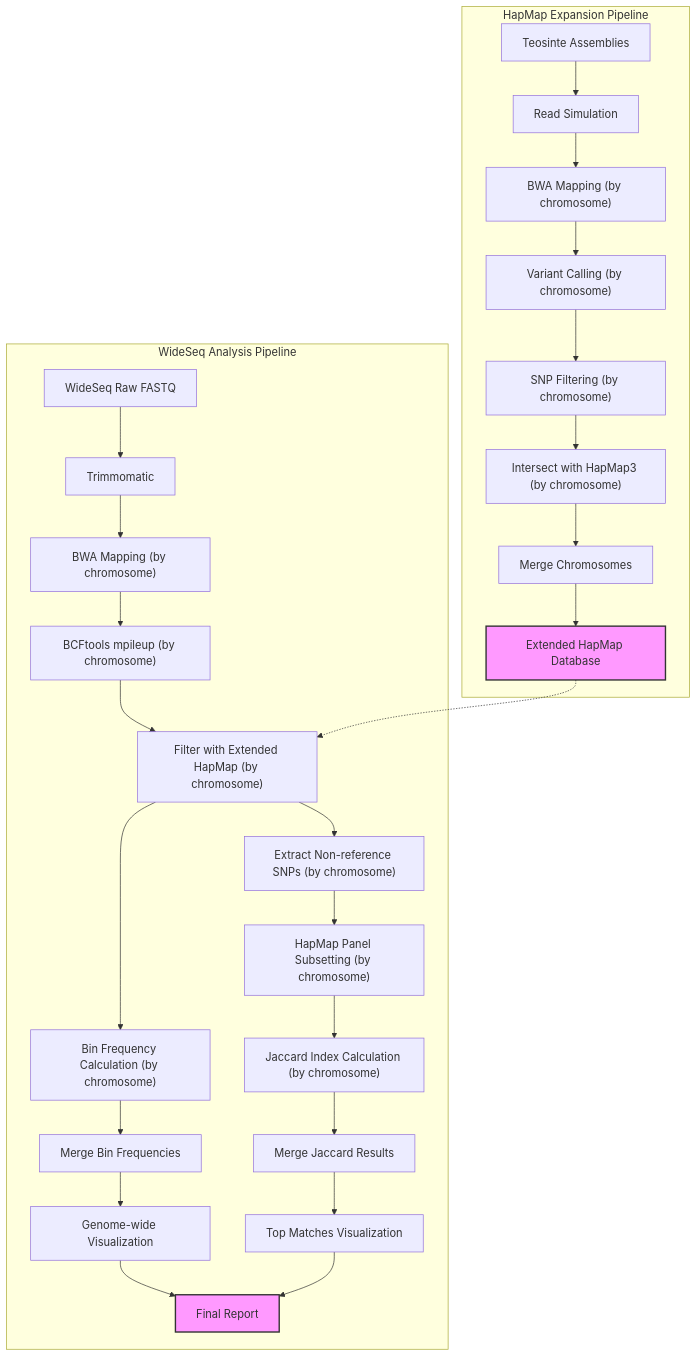
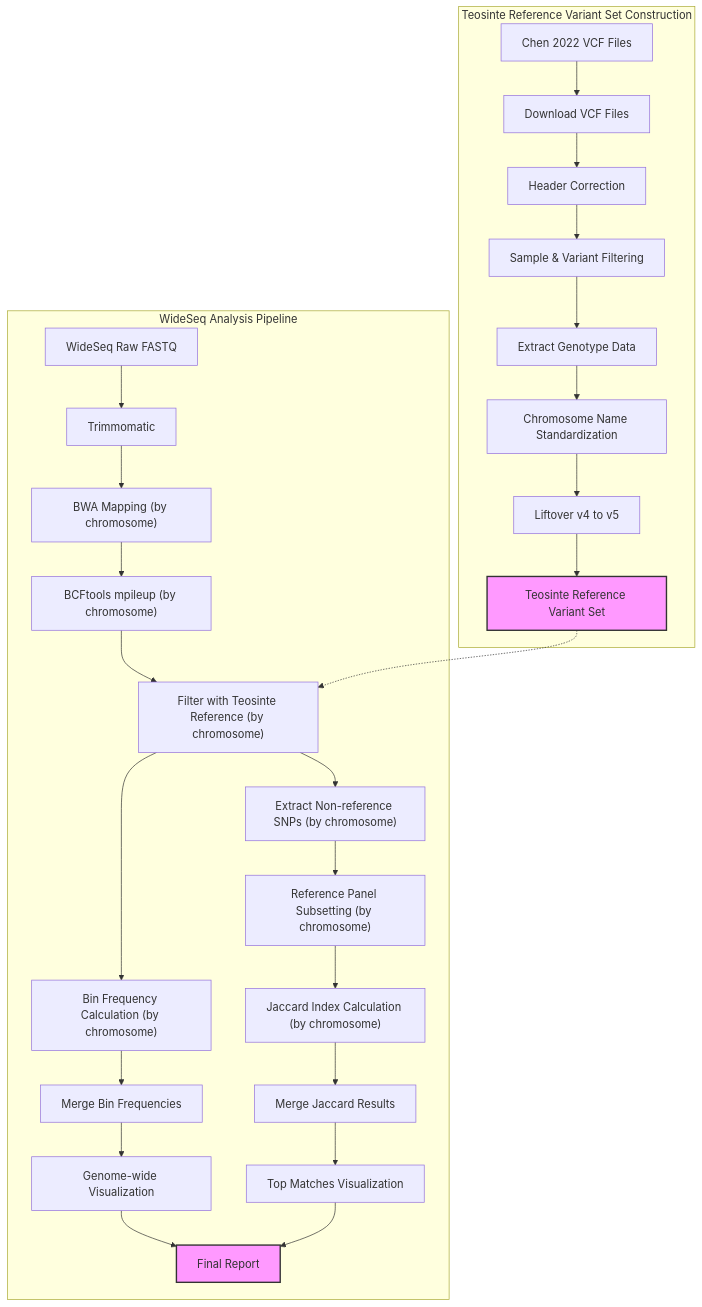
The diagram in README.md (sawers-rellan-labs/BzeaSeq), drawn with Mermaid before and after one commit. The commit also changed other lines of this file, not shown here.

Commit message:
Replaced hapmap expansion with teosinte reference varnt set construction.

````diff
--- a/README.md
+++ b/README.md
@@ -33,39 +43,39 @@
 ```mermaid
 graph TD
-    subgraph "HapMap Expansion Pipeline"
-        A1[Teosinte Assemblies] --> A2[Read Simulation]
-        A2 --> A3["BWA Mapping (by chromosome)"]
-        A3 --> A4["Variant Calling (by chromosome)"]
-        A4 --> A5["SNP Filtering (by chromosome)"]
-        A5 --> A6["Intersect with HapMap3 (by chromosome)"]
-        A6 --> A7[Merge Chromosomes]
-        A7 --> A8[Extended HapMap Database]
+    subgraph "Teosinte Reference Variant Set Construction"
+        A1[Chen 2022 VCF Files] --> A2[Download VCF Files]
+        A2 --> A3[Header Correction]
+        A3 --> A4[Sample & Variant Filtering]
+        A4 --> A5[Extract Genotype Data]
+        A5 --> A6[Chromosome Name Standardization]
+        A6 --> A7[Liftover v4 to v5]
+        A7 --> A8[Teosinte Reference Variant Set]
     end
 
     subgraph "WideSeq Analysis Pipeline"
         B1[WideSeq Raw FASTQ] --> B2[Trimmomatic]
         B2 --> B3["BWA Mapping (by chromosome)"]
         B3 --> B4["BCFtools mpileup (by chromosome)"]
-        B4 --> B5["Filter with Extended HapMap (by chromosome)"]
+        B4 --> B5["Filter with Teosinte Reference (by chromosome)"]
         
         A8 -.-> B5
         
         B5 --> B6["Bin Frequency Calculation (by chromosome)"]
         B5 --> B7["Extract Non-reference SNPs (by chromosome)"]
-        B7 --> B8["HapMap Panel Subsetting (by chromosome)"]
+        B7 --> B8["Reference Panel Subsetting (by chromosome)"]
         B8 --> B9["Jaccard Index Calculation (by chromosome)"]
         
         B6 --> B10[Merge Bin Frequencies]
         B9 --> B11[Merge Jaccard Results]
         
         B10 --> B12[Genome-wide Visualization]
         B11 --> B13[Top Matches Visualization]
         
         B12 --> B14[Final Report]
         B13 --> B14
     end
   
     
     style A8 fill:#f9f,stroke:#333,stroke-width:2px
     style B14 fill:#f9f,stroke:#333,stroke-width:2px
 ```
````
